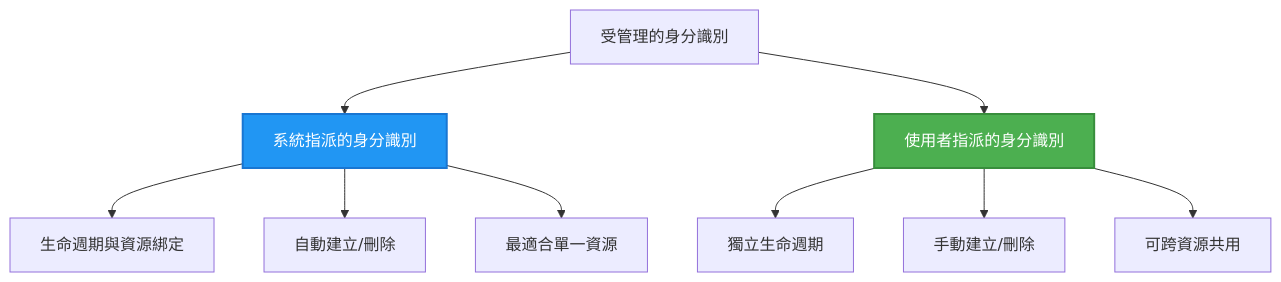
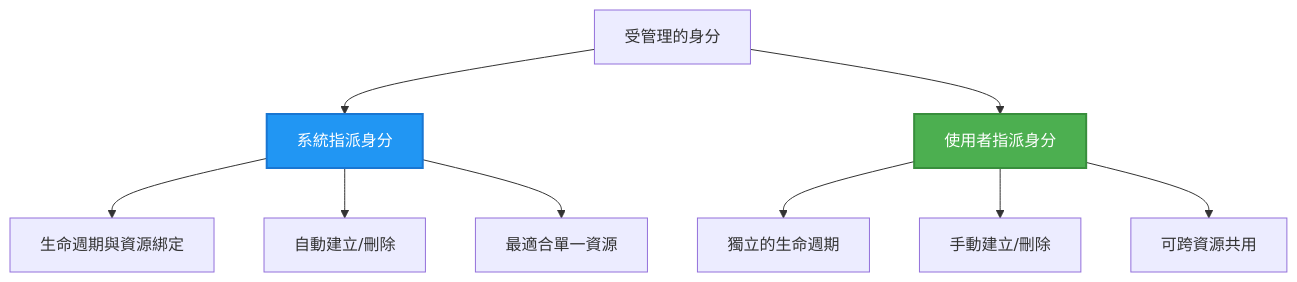
One commit to microsoft/AZD-for-beginners changed the second of 2 diagrams in translations/zh-MO/docs/chapter-03-configuration/authsecurity.md. Above: the diagram before and after it, drawn with Mermaid. The commit also changed other lines of this file and 101 other files, not shown here.

````diff
--- a/translations/zh-MO/docs/chapter-03-configuration/authsecurity.md
+++ b/translations/zh-MO/docs/chapter-03-configuration/authsecurity.md
@@ -97,20 +97,20 @@
 ```mermaid
 graph TB
-    MI[受管理的身分識別]
-    SystemAssigned[系統指派的身分識別]
-    UserAssigned[使用者指派的身分識別]
+    MI[受管理的身分]
+    SystemAssigned[系統指派身分]
+    UserAssigned[使用者指派身分]
     
     MI --> SystemAssigned
     MI --> UserAssigned
     
     SystemAssigned --> SA1[生命週期與資源綁定]
     SystemAssigned --> SA2[自動建立/刪除]
     SystemAssigned --> SA3[最適合單一資源]
     
-    UserAssigned --> UA1[獨立生命週期]
+    UserAssigned --> UA1[獨立的生命週期]
     UserAssigned --> UA2[手動建立/刪除]
     UserAssigned --> UA3[可跨資源共用]
     
     style SystemAssigned fill:#2196F3,stroke:#1976D2,stroke-width:2px,color:#fff
     style UserAssigned fill:#4CAF50,stroke:#388E3C,stroke-width:2px,color:#fff
 ```
````
